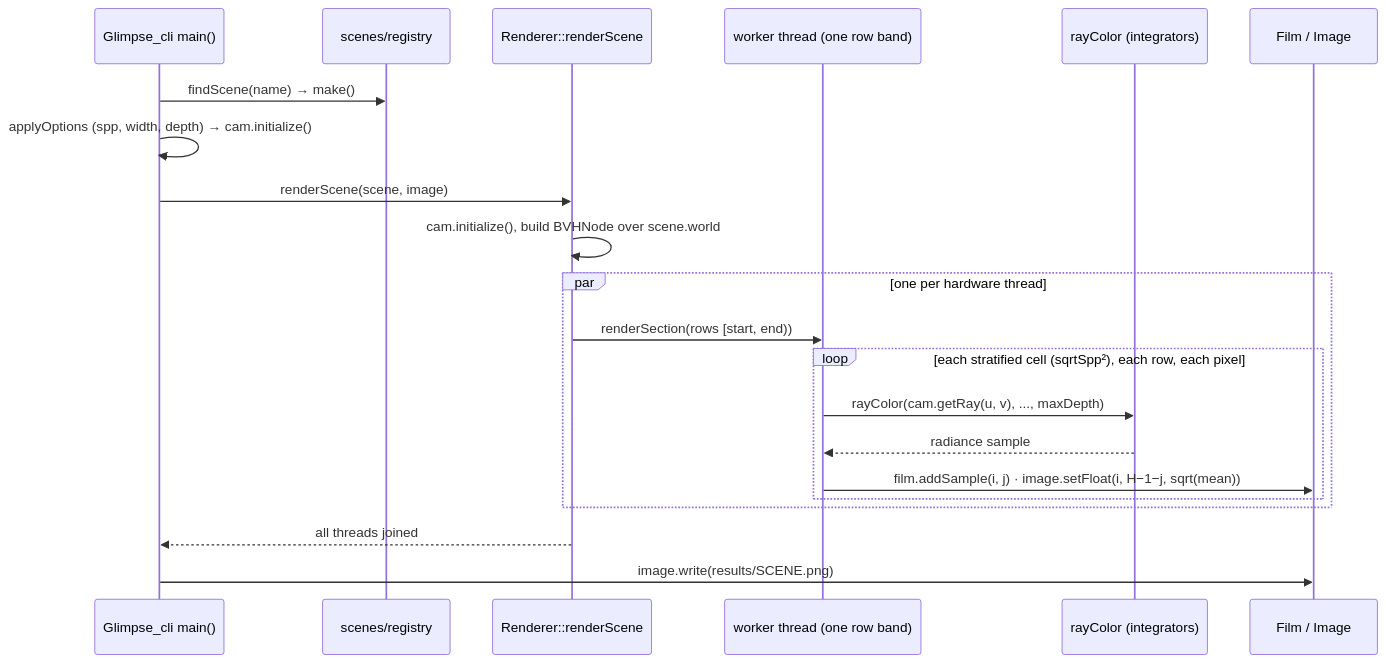
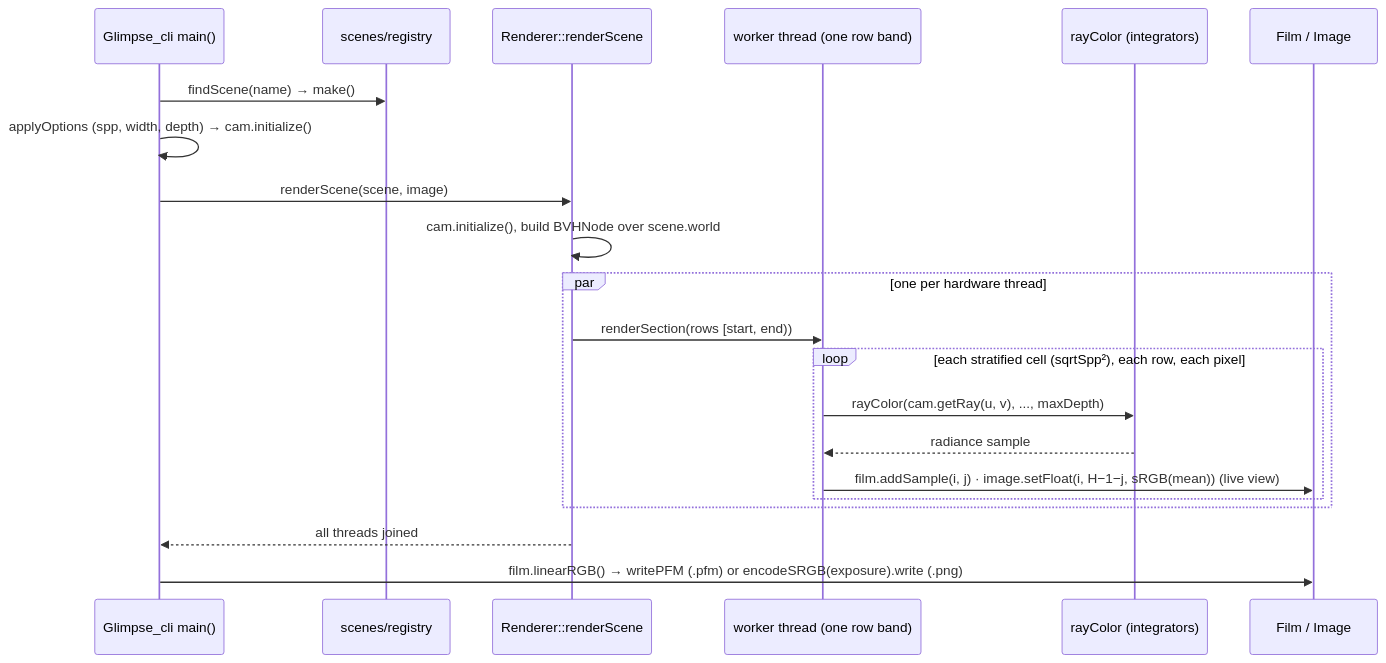
Before and after one commit to NitishPuri/Glimpse: the second of 3 diagrams in docs/architecture.md, drawn with Mermaid. The commit also changed 14 other files, not shown here.

Commit message:
01 float_output (2/3): linear film → PFM, sRGB display encoding, --exposure

````diff
--- a/docs/architecture.md
+++ b/docs/architecture.md
@@ -54,23 +54,23 @@
 ```mermaid
 sequenceDiagram
   participant main as Glimpse_cli main()
   participant reg as scenes/registry
   participant R as Renderer::renderScene
   participant T as worker thread (one row band)
   participant I as rayColor (integrators)
   participant F as Film / Image
   main->>reg: findScene(name) → make()
   main->>main: applyOptions (spp, width, depth) → cam.initialize()
   main->>R: renderScene(scene, image)
   R->>R: cam.initialize(), build BVHNode over scene.world
   par one per hardware thread
     R->>T: renderSection(rows [start, end))
     loop each stratified cell (sqrtSpp²), each row, each pixel
       T->>I: rayColor(cam.getRay(u, v), ..., maxDepth)
       I-->>T: radiance sample
-      T->>F: film.addSample(i, j) · image.setFloat(i, H−1−j, sqrt(mean))
+      T->>F: film.addSample(i, j) · image.setFloat(i, H−1−j, sRGB(mean)) (live view)
     end
   end
   R-->>main: all threads joined
-  main->>F: image.write(results/SCENE.png)
+  main->>F: film.linearRGB() → writePFM (.pfm) or encodeSRGB(exposure).write (.png)
 ```
````
